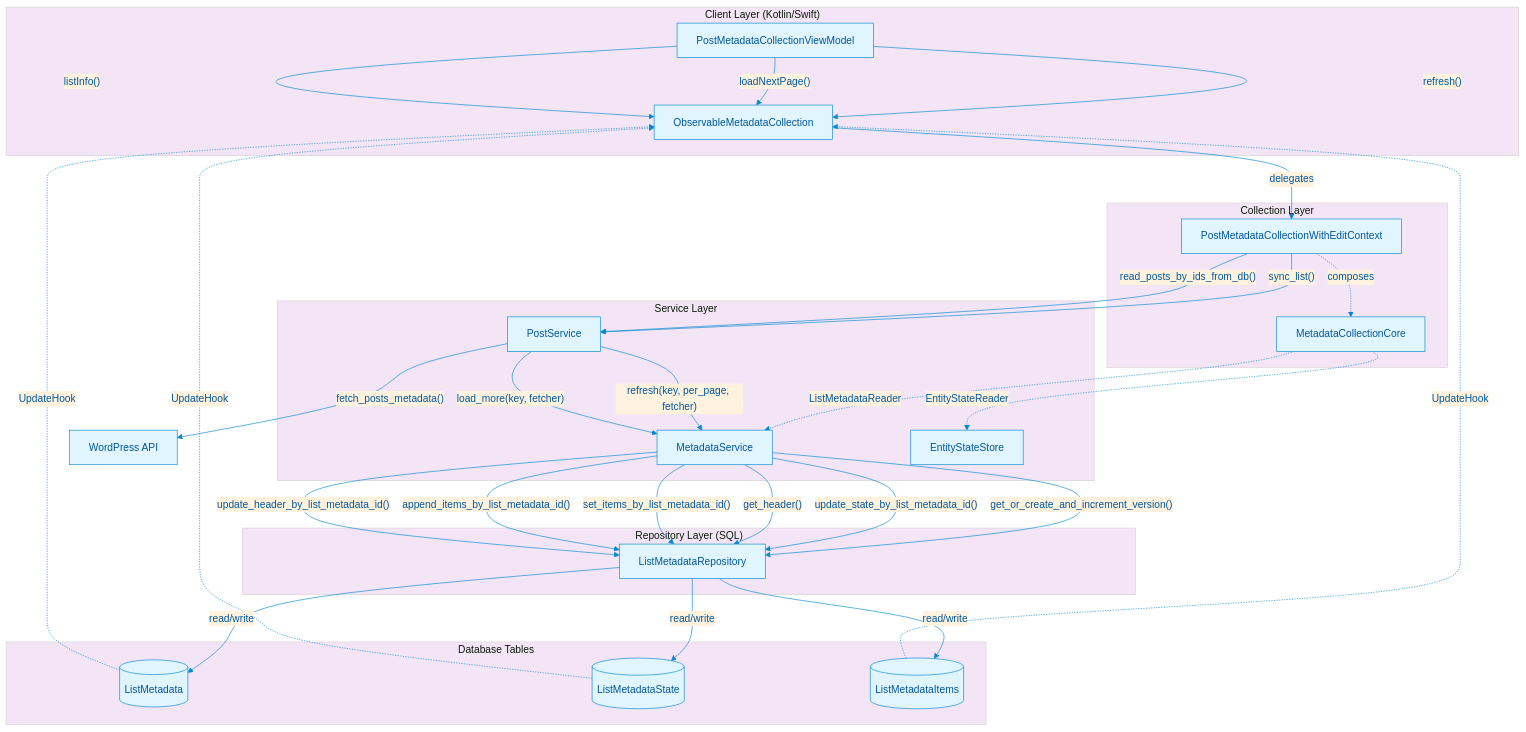
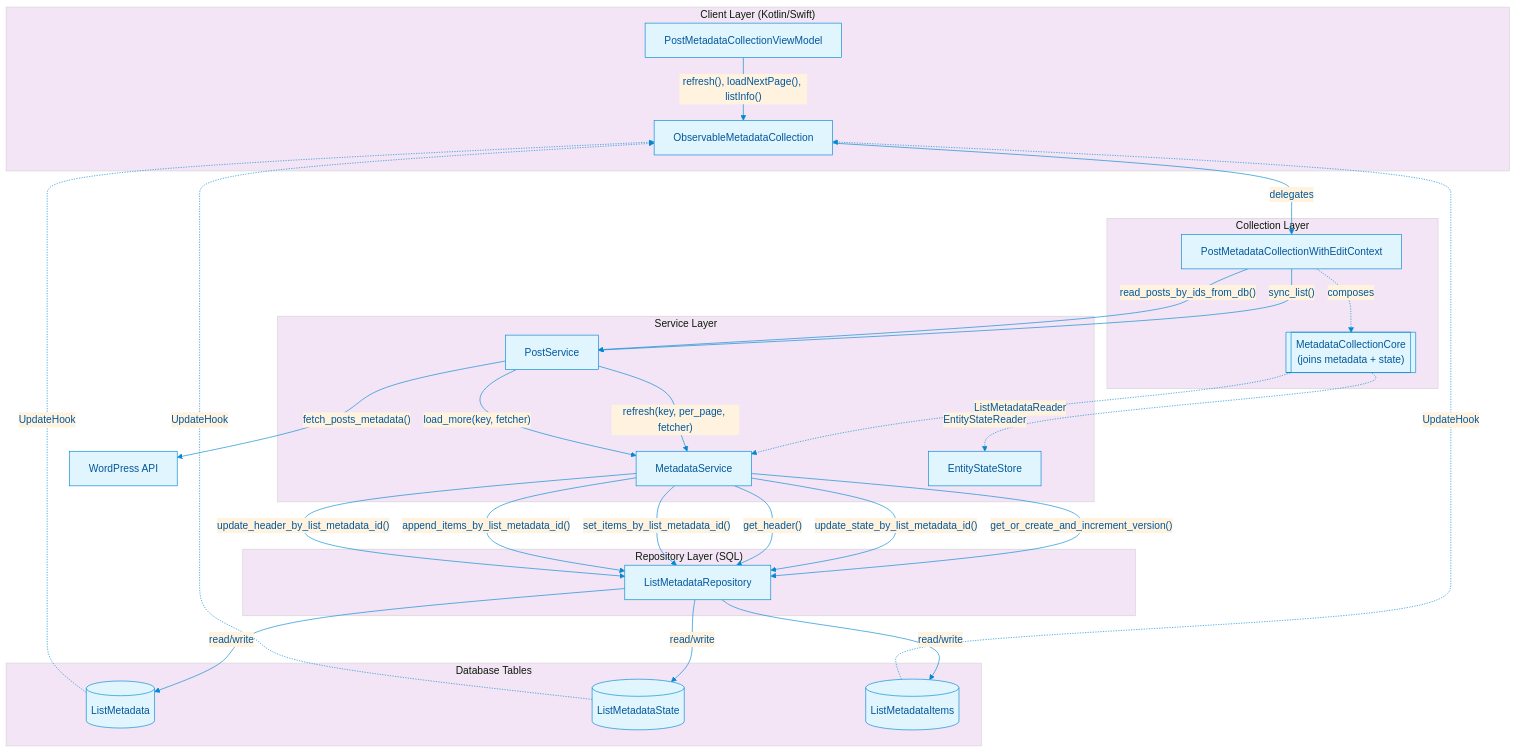
Before and after one commit to Automattic/wordpress-rs: the diagram in wp_mobile/docs/design/metadata_orchestration_flow.mmd, drawn with Mermaid. The commit also changed 1 other file, not shown here.

Commit message:
Update diagram: add Core annotation, consolidate arrows

```diff
--- a/wp_mobile/docs/design/metadata_orchestration_flow.mmd
+++ b/wp_mobile/docs/design/metadata_orchestration_flow.mmd
@@ -1,66 +1,64 @@
 %%{init: {'theme': 'base', 'themeVariables': { 'primaryColor': '#e1f5fe', 'primaryTextColor': '#01579b', 'primaryBorderColor': '#0288d1', 'lineColor': '#0288d1', 'secondaryColor': '#fff3e0', 'tertiaryColor': '#f3e5f5'}}}%%
 
 flowchart TB
     subgraph Clients["Client Layer (Kotlin/Swift)"]
         VM[PostMetadataCollectionViewModel]
         OC[ObservableMetadataCollection]
     end
 
     subgraph Collection["Collection Layer"]
         PMCEC[PostMetadataCollectionWithEditContext]
-        MCC[MetadataCollectionCore]
+        MCC[["MetadataCollectionCore<br/>(joins metadata + state)"]]
         PMCEC -.->|composes| MCC
     end
 
     subgraph Service["Service Layer"]
         PS[PostService]
         MS[MetadataService]
         ESS[EntityStateStore]
     end
 
     subgraph Repository["Repository Layer (SQL)"]
         LMR[ListMetadataRepository]
     end
 
     subgraph DB["Database Tables"]
         LM[(ListMetadata)]
         LMS[(ListMetadataState)]
         LMI[(ListMetadataItems)]
     end
 
     %% Client to Collection
-    VM -->|"refresh()"| OC
-    VM -->|"loadNextPage()"| OC
-    VM -->|"listInfo()"| OC
+    VM -->|"refresh(), loadNextPage(), listInfo()"| OC
     OC -->|delegates| PMCEC
 
     %% Core reads via trait abstractions
     MCC -.->|ListMetadataReader| MS
     MCC -.->|EntityStateReader| ESS
 
     %% PostMetadataCollection owns sync logic
     PMCEC -->|"sync_list()"| PS
     PMCEC -->|"read_posts_by_ids_from_db()"| PS
 
     %% PostService to MetadataService
     PS -->|"refresh(key, per_page, fetcher)"| MS
     PS -->|"load_more(key, fetcher)"| MS
     PS -->|"fetch_posts_metadata()"| API[WordPress API]
 
     %% MetadataService to Repository
     MS -->|"get_or_create_and_increment_version()"| LMR
     MS -->|"update_state_by_list_metadata_id()"| LMR
     MS -->|"get_header()"| LMR
     MS -->|"set_items_by_list_metadata_id()"| LMR
     MS -->|"append_items_by_list_metadata_id()"| LMR
     MS -->|"update_header_by_list_metadata_id()"| LMR
 
     %% Repository to DB
     LMR -->|read/write| LM
     LMR -->|read/write| LMS
     LMR -->|read/write| LMI
 
     %% DB notifications back to clients
     LM -.->|UpdateHook| OC
     LMS -.->|UpdateHook| OC
     LMI -.->|UpdateHook| OC
```
